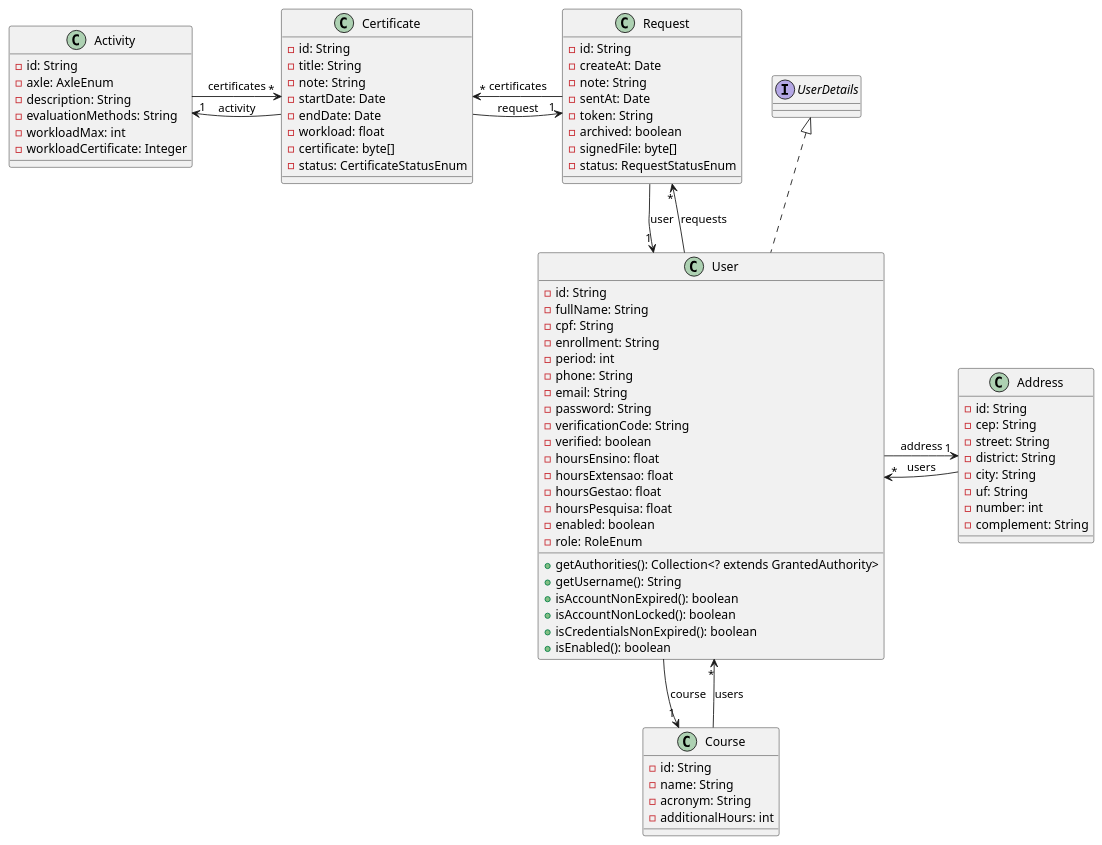
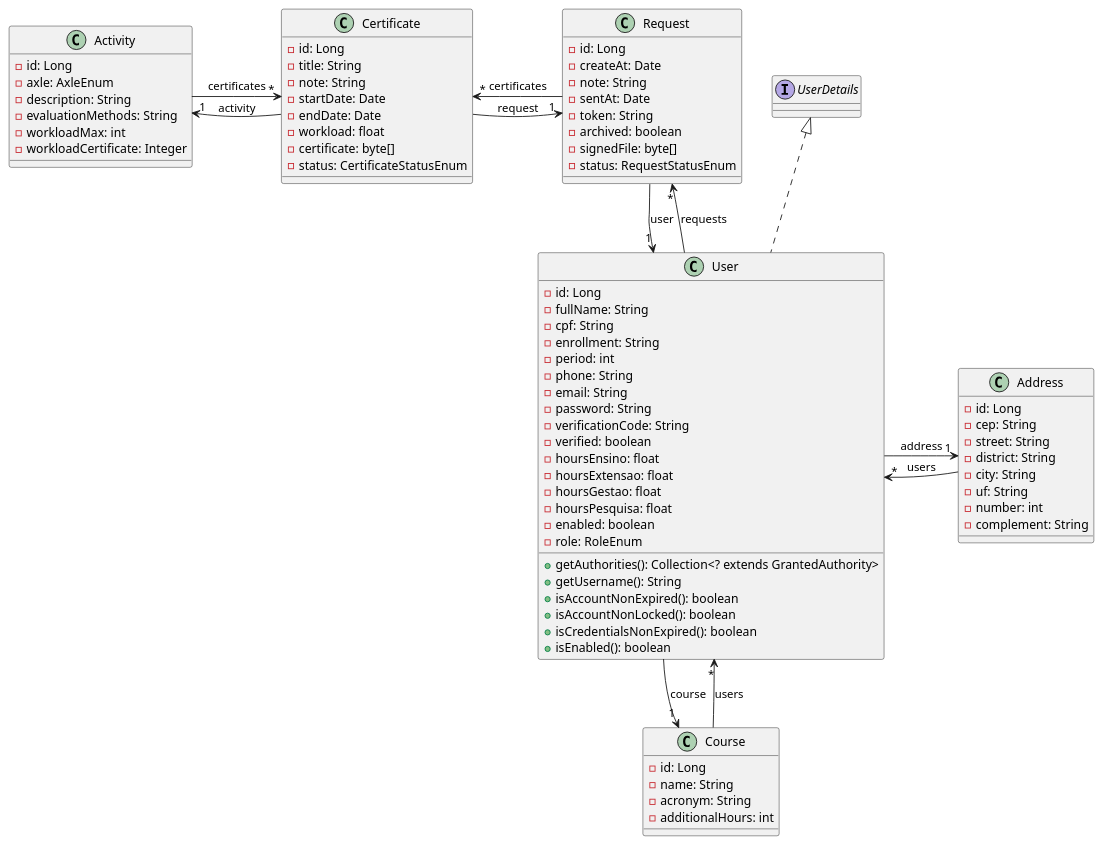
The diagram in docs_source/src/2. Níveis/2.4 Código - C4/2.4.2 Classes/diagrama-c4.puml (kvojps/sistema-acs), drawn with PlantUML before and after one commit. The commit also changed 2 other files, not shown here.

Commit message:
[fix]: refactor type id in c4 class diagram

```diff
--- a/docs_source/src/2. Níveis/2.4 Código - C4/2.4.2 Classes/diagrama-c4.puml
+++ b/docs_source/src/2. Níveis/2.4 Código - C4/2.4.2 Classes/diagrama-c4.puml
@@ -1,103 +1,103 @@
 @startuml
 class Activity [[java:br.upe.acs.model.Activity]] {
-	-id: String
+	-id: Long
 	-axle: AxleEnum
 	-description: String
 	-evaluationMethods: String
 	-workloadMax: int
 	-workloadCertificate: Integer
 }
 class Certificate {
 }
 Activity -> "*" Certificate : certificates
 class Address [[java:br.upe.acs.model.Address]] {
-	-id: String
+	-id: Long
 	-cep: String
 	-street: String
 	-district: String
 	-city: String
 	-uf: String
 	-number: int
 	-complement: String
 }
 class User {
 }
 Address -> "*" User : users
 class Certificate [[java:br.upe.acs.model.Certificate]] {
-	-id: String
+	-id: Long
 	-title: String
 	-note: String
 	-startDate: Date
 	-endDate: Date
 	-workload: float
 	-certificate: byte[]
 	-status: CertificateStatusEnum
 }
 class Request {
 }
 Certificate -> "1" Request : request
 class Activity {
 }
 Certificate --> "1" Activity : activity
 class Course [[java:br.upe.acs.model.Course]] {
-	-id: String
+	-id: Long
 	-name: String
 	-acronym: String
 	-additionalHours: int
 }
 class User {
 }
 Course --> "*" User : users
 class Request [[java:br.upe.acs.model.Request]] {
-	-id: String
+	-id: Long
 	-createAt: Date
 	-note: String
 	-sentAt: Date
 	-token: String
 	-archived: boolean
 	-signedFile: byte[]
 	-status: RequestStatusEnum
 }
 class User {
 }
 Request --> "1" User : user
 class Certificate {
 }
 Request --> "*" Certificate : certificates
 class User [[java:br.upe.acs.model.User]] {
-	-id: String
+	-id: Long
 	-fullName: String
 	-cpf: String
 	-enrollment: String
 	-period: int
 	-phone: String
 	-email: String
 	-password: String
 	-verificationCode: String
 	-verified: boolean
 	-hoursEnsino: float
 	-hoursExtensao: float
 	-hoursGestao: float
 	-hoursPesquisa: float
 	-enabled: boolean
 	-role: RoleEnum
 	+getAuthorities(): Collection<? extends GrantedAuthority>
 	+getUsername(): String
 	+isAccountNonExpired(): boolean
 	+isAccountNonLocked(): boolean
 	+isCredentialsNonExpired(): boolean
 	+isEnabled(): boolean
 }
 class Request {
 }
 User --> "*" Request : requests
 class Address {
 }
 User --> "1" Address : address
 class Course {
 }
 User --> "1" Course : course
 interface UserDetails {
 }
 UserDetails <|.. User
 @enduml
```
